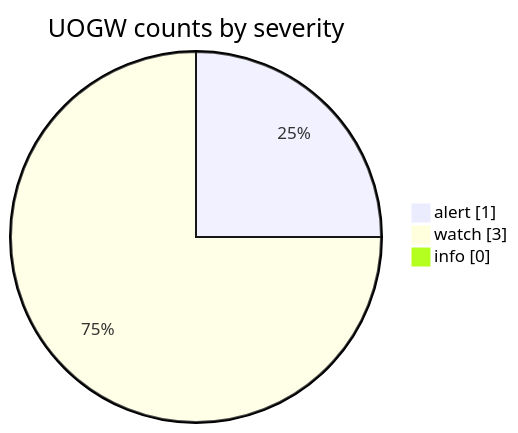
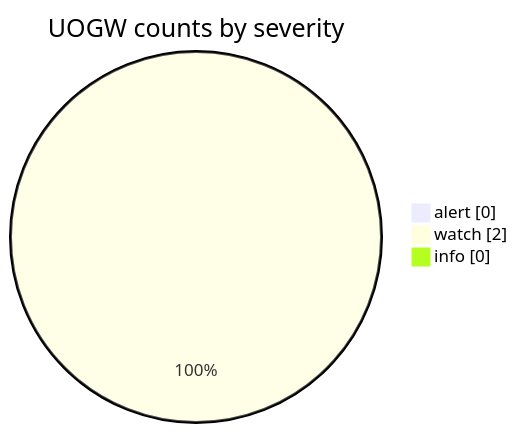
Before and after one commit to Midwest-Stratospheric/aerostratospheric-defense-gir: the fourth of 6 diagrams in docs/GRAPHS.md, drawn with Mermaid. The commit also changed other lines of this file and 24 other files, not shown here.

````diff
--- a/docs/GRAPHS.md
+++ b/docs/GRAPHS.md
@@ -66,7 +66,7 @@
 ```mermaid
 pie showData
   title UOGW counts by severity
-  "alert" : 1
-  "watch" : 3
+  "alert" : 0
+  "watch" : 2
   "info" : 0
 ```
````
